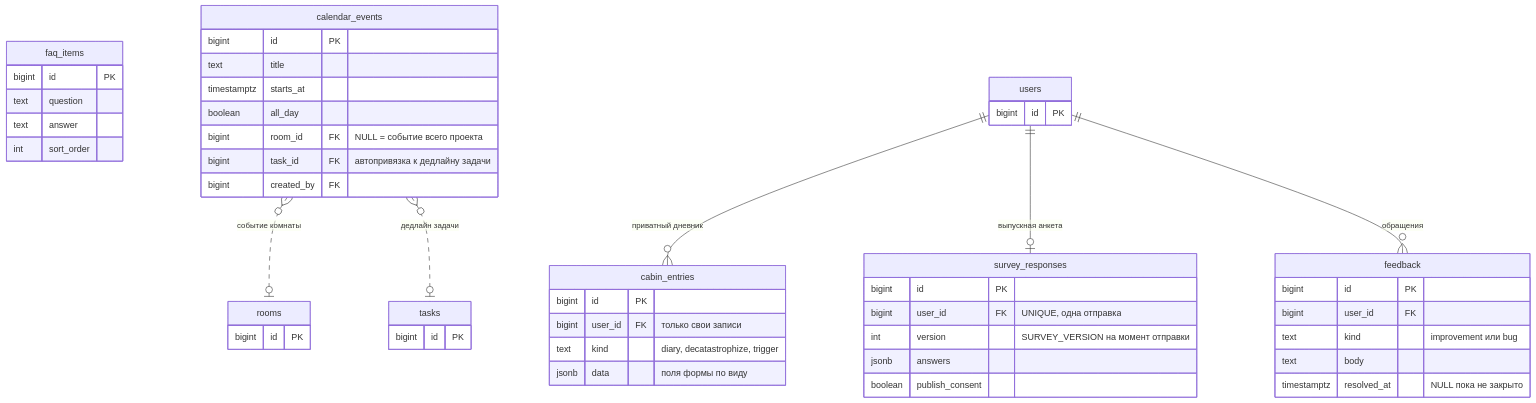
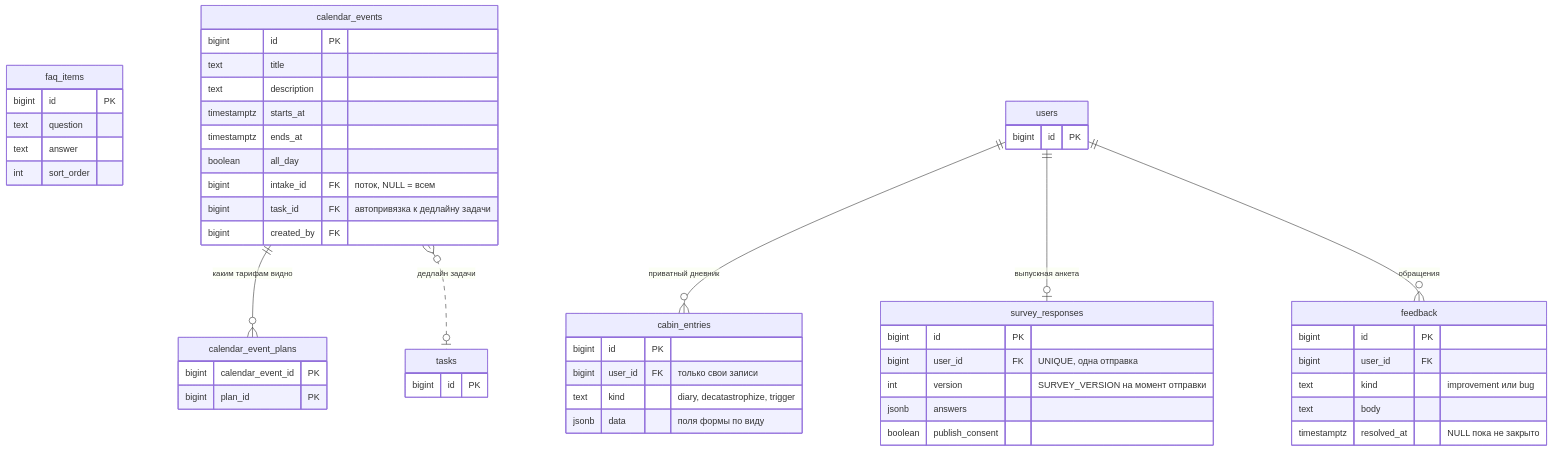
The tenth of 20 diagrams in docs/ARCHITECTURE.md (code-tamer3000/argonautica-platfrorm), drawn with Mermaid before and after one commit. The commit also changed other lines of this file, not shown here.

First line of the commit message:
docs: синхронизировать ARCHITECTURE.md с реальностью бэкенда

````diff
--- a/docs/ARCHITECTURE.md
+++ b/docs/ARCHITECTURE.md
@@ -539,53 +666,56 @@
 ```mermaid
 erDiagram
     cabin_entries {
         bigint id PK
         bigint user_id FK "только свои записи"
         text kind "diary, decatastrophize, trigger"
         jsonb data "поля формы по виду"
     }
     survey_responses {
         bigint id PK
         bigint user_id FK "UNIQUE, одна отправка"
         int version "SURVEY_VERSION на момент отправки"
         jsonb answers
         boolean publish_consent
     }
     feedback {
         bigint id PK
         bigint user_id FK
         text kind "improvement или bug"
         text body
         timestamptz resolved_at "NULL пока не закрыто"
     }
     faq_items {
         bigint id PK
         text question
         text answer
         int sort_order
     }
     calendar_events {
         bigint id PK
         text title
+        text description
         timestamptz starts_at
+        timestamptz ends_at
         boolean all_day
-        bigint room_id FK "NULL = событие всего проекта"
+        bigint intake_id FK "поток, NULL = всем"
         bigint task_id FK "автопривязка к дедлайну задачи"
         bigint created_by FK
     }
+    calendar_event_plans {
+        bigint calendar_event_id PK
+        bigint plan_id PK
+    }
     users {
-        bigint id PK
-    }
-    rooms {
         bigint id PK
     }
     tasks {
         bigint id PK
     }
 
     users ||--o{ cabin_entries : "приватный дневник"
     users ||--o| survey_responses : "выпускная анкета"
     users ||--o{ feedback : "обращения"
-    calendar_events }o..o| rooms : "событие комнаты"
+    calendar_events ||--o{ calendar_event_plans : "каким тарифам видно"
     calendar_events }o..o| tasks : "дедлайн задачи"
 ```
````
